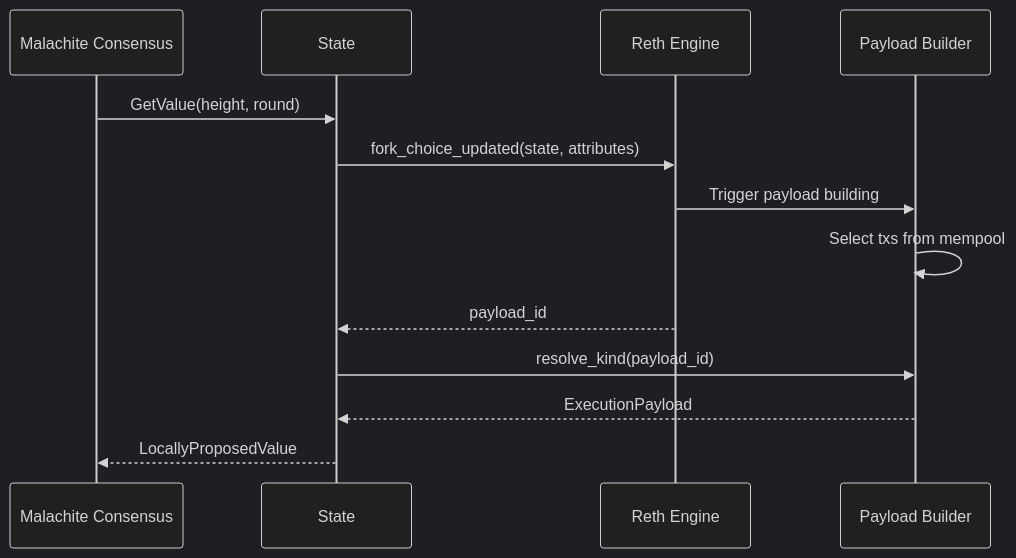
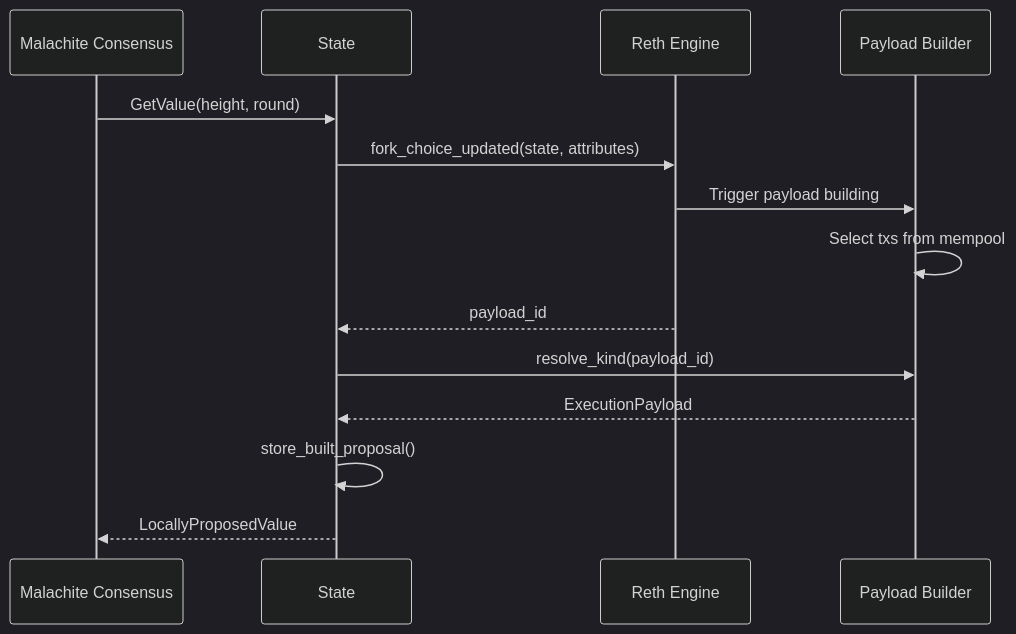
One commit to PaddyMc/tempo changed the first of 4 diagrams in docs/malachite-reth-interactions.md. Above: the diagram before and after it, drawn with Mermaid (dark theme). The commit also changed other lines of this file, not shown here.

````diff
--- a/docs/malachite-reth-interactions.md
+++ b/docs/malachite-reth-interactions.md
@@ -54,16 +70,17 @@
 ```mermaid
 sequenceDiagram
     participant M as Malachite Consensus
     participant S as State
     participant E as Reth Engine
     participant P as Payload Builder
 
     M->>S: GetValue(height, round)
     S->>E: fork_choice_updated(state, attributes)
     E->>P: Trigger payload building
     P->>P: Select txs from mempool
     E-->>S: payload_id
     S->>P: resolve_kind(payload_id)
     P-->>S: ExecutionPayload
+    S->>S: store_built_proposal()
     S-->>M: LocallyProposedValue
 ```
````
